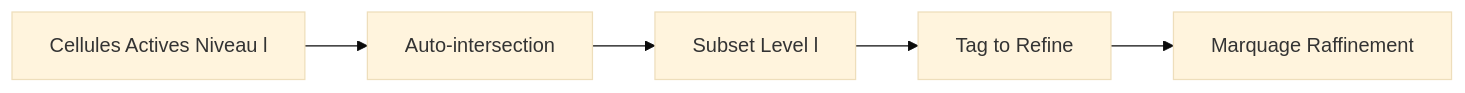
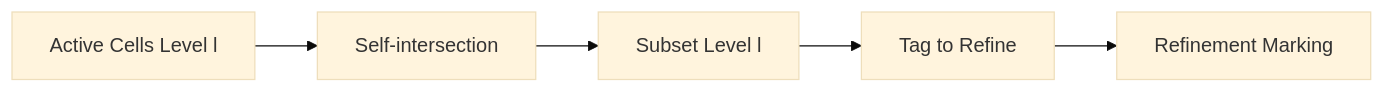
One commit to sbstndb/samurai changed the fourth of 7 diagrams in docs/graduation_algorithm.md. Above: the diagram before and after it, drawn with Mermaid (base theme). The commit also changed other lines of this file and 8 other files, not shown here.

````diff
--- a/docs/graduation_algorithm.md
+++ b/docs/graduation_algorithm.md
@@ -137,7 +137,7 @@
 ```mermaid
 graph LR
-    A[Cellules Actives Niveau l] --> B[Auto-intersection]
+    A[Active Cells Level l] --> B[Self-intersection]
     B --> C[Subset Level l]
     C --> D[Tag to Refine]
-    D --> E[Marquage Raffinement]
+    D --> E[Refinement Marking]
 ```
````
